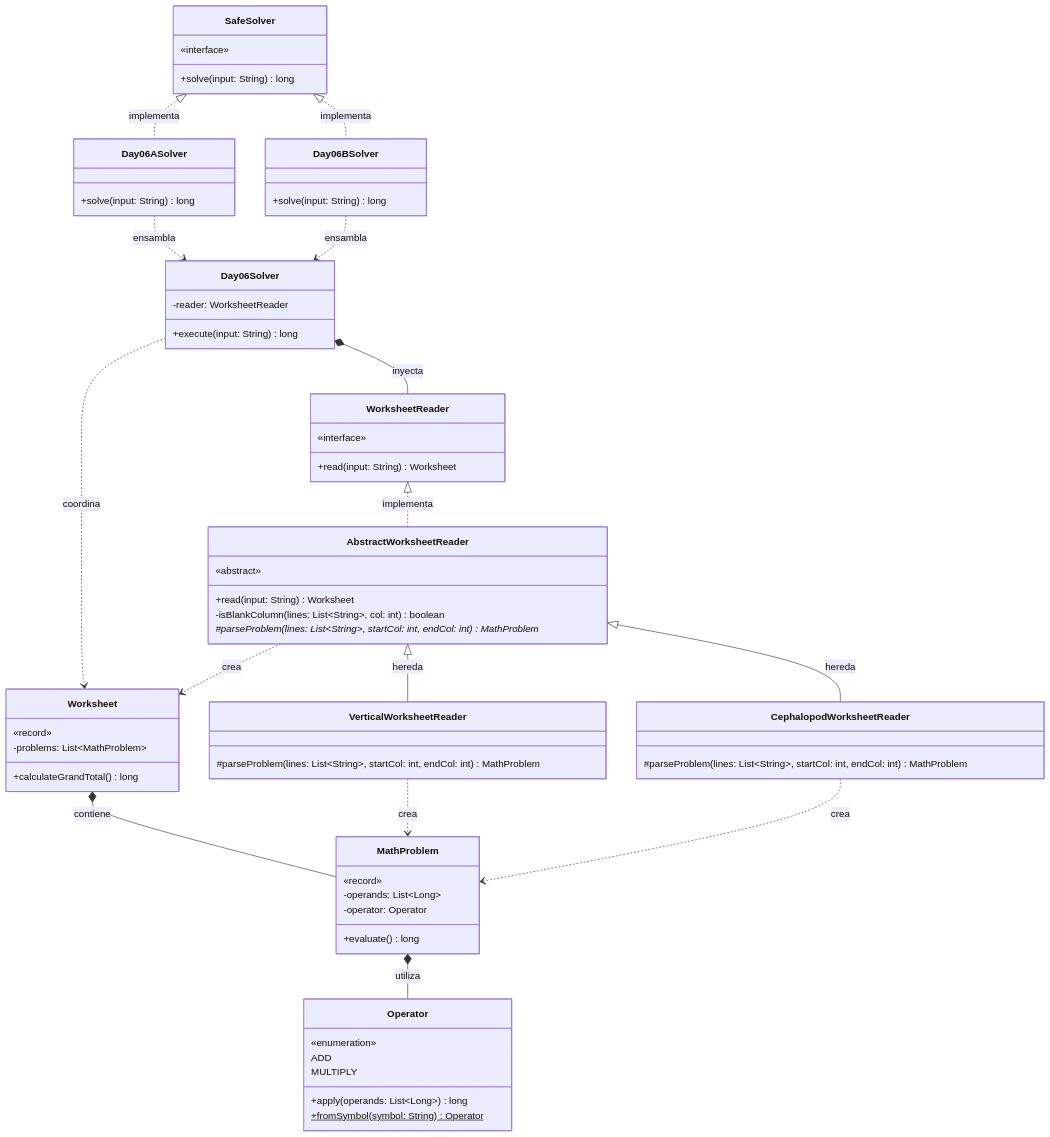
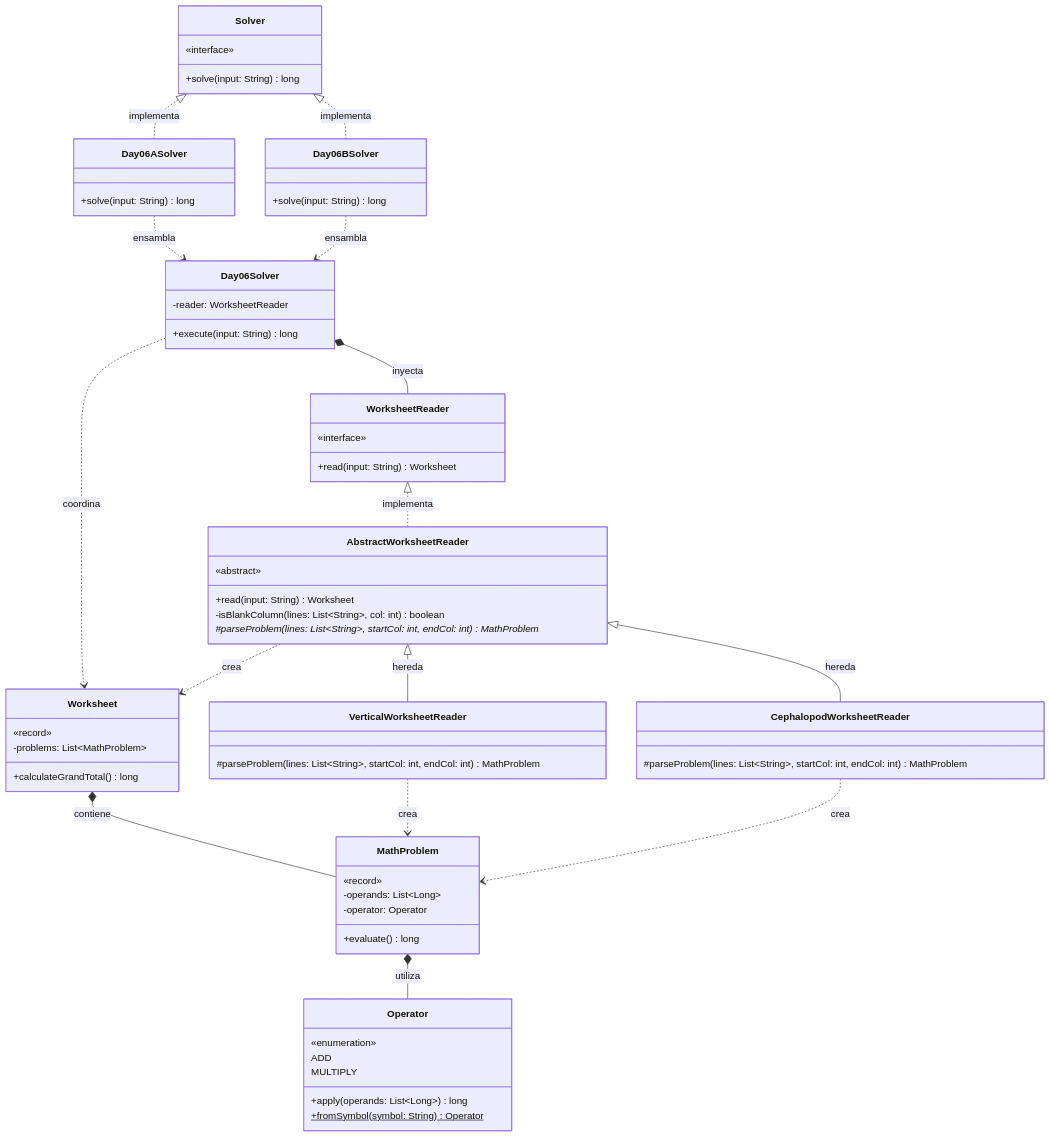
One commit to ivanperezdiaz829/AoC2025 changed the diagram in src/main/java/software/aoc/day06/README.md. Above: the diagram before and after it, drawn with Mermaid. The commit also changed other lines of this file and 5 other files, not shown here.

Commit message:
fix(README): All mentions to SafeSolver changed by Solver

````diff
--- a/src/main/java/software/aoc/day06/README.md
+++ b/src/main/java/software/aoc/day06/README.md
@@ -37,81 +37,81 @@
 ```mermaid
 classDiagram
-  class SafeSolver {
+  class Solver {
     «interface»
     +solve(input: String) long
   }
 
   class Day06ASolver {
     +solve(input: String) long
   }
 
   class Day06BSolver {
     +solve(input: String) long
   }
 
   class Day06Solver {
     -reader: WorksheetReader
     +execute(input: String) long
   }
 
   class Worksheet {
     «record»
     -problems: List~MathProblem~
     +calculateGrandTotal() long
   }
 
   class MathProblem {
     «record»
     -operands: List~Long~
     -operator: Operator
     +evaluate() long
   }
 
   class Operator {
     «enumeration»
     ADD
     MULTIPLY
     +apply(operands: List~Long~) long
     +fromSymbol(symbol: String) Operator$
   }
 
   class WorksheetReader {
     «interface»
     +read(input: String) Worksheet
   }
 
   class AbstractWorksheetReader {
     «abstract»
     +read(input: String) Worksheet
     -isBlankColumn(lines: List~String~, col: int) boolean
     #parseProblem(lines: List~String~, startCol: int, endCol: int)* MathProblem
   }
 
   class VerticalWorksheetReader {
     #parseProblem(lines: List~String~, startCol: int, endCol: int) MathProblem
   }
 
   class CephalopodWorksheetReader {
     #parseProblem(lines: List~String~, startCol: int, endCol: int) MathProblem
   }
 
 %% Relaciones de Implementación y Herencia
-  SafeSolver <|.. Day06ASolver : implementa
-  SafeSolver <|.. Day06BSolver : implementa
+  Solver <|.. Day06ASolver : implementa
+  Solver <|.. Day06BSolver : implementa
   WorksheetReader <|.. AbstractWorksheetReader : implementa
   AbstractWorksheetReader <|-- VerticalWorksheetReader : hereda
   AbstractWorksheetReader <|-- CephalopodWorksheetReader : hereda
 
 %% Relaciones de Ensamblaje e Inyección
   Day06ASolver ..> Day06Solver : ensambla
   Day06BSolver ..> Day06Solver : ensambla
   Day06Solver *-- WorksheetReader : inyecta
 
 %% Relaciones de Dominio
   Day06Solver ..> Worksheet : coordina
   Worksheet *-- MathProblem : contiene
   MathProblem *-- Operator : utiliza
   AbstractWorksheetReader ..> Worksheet : crea
   VerticalWorksheetReader ..> MathProblem : crea
   CephalopodWorksheetReader ..> MathProblem : crea
 ```
````
